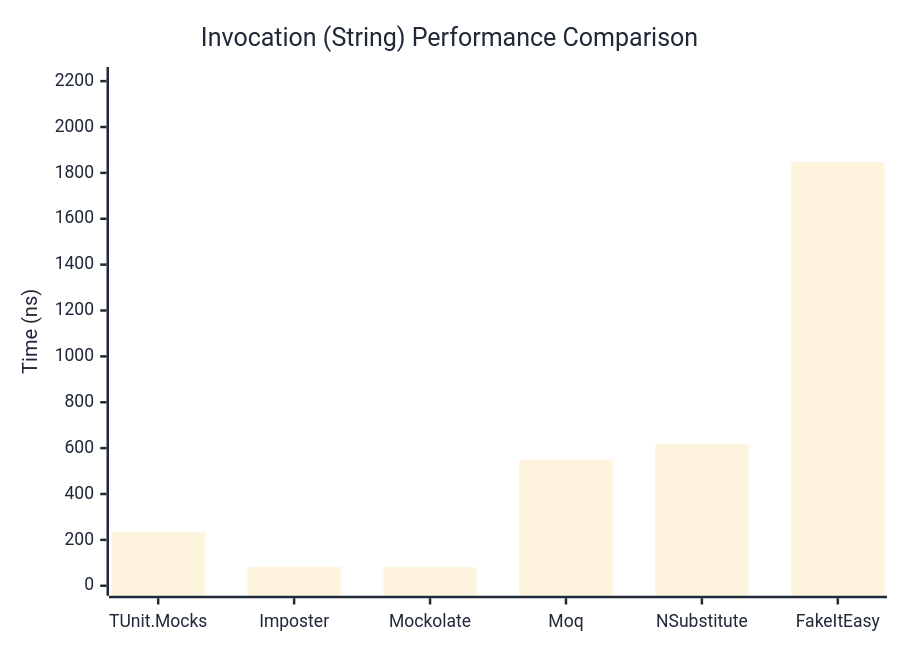
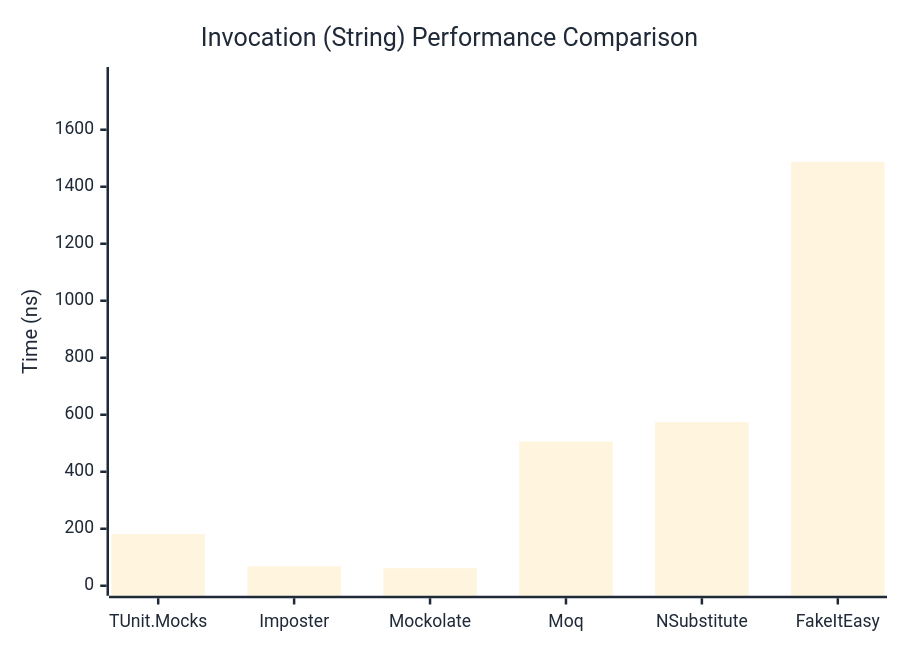
One commit to thomhurst/TUnit changed the second of 3 diagrams in docs/docs/benchmarks/mocks/Invocation.md. Above: the diagram before and after it, drawn with Mermaid. The commit also changed other lines of this file and 14 other files, not shown here.

````diff
--- a/docs/docs/benchmarks/mocks/Invocation.md
+++ b/docs/docs/benchmarks/mocks/Invocation.md
@@ -71,27 +71,27 @@
 ```mermaid
 %%{init: {
   'theme':'base',
   'themeVariables': {
     'primaryColor': '#2563eb',
     'primaryTextColor': '#1f2937',
     'primaryBorderColor': '#1e40af',
     'lineColor': '#6b7280',
     'secondaryColor': '#7c3aed',
     'tertiaryColor': '#dc2626',
     'background': '#ffffff',
     'pie1': '#2563eb',
     'pie2': '#7c3aed',
     'pie3': '#dc2626',
     'pie4': '#f59e0b',
     'pie5': '#10b981',
     'pie6': '#06b6d4',
     'pie7': '#ec4899',
     'pie8': '#6366f1'
   }
 }}%%
 xychart-beta
   title "Invocation (String) Performance Comparison"
   x-axis ["TUnit.Mocks", "Imposter", "Mockolate", "Moq", "NSubstitute", "FakeItEasy"]
-  y-axis "Time (ns)" 0 --> 2218
-  bar [234.71, 82.36, 80.92, 549.62, 617.85, 1847.52]
+  y-axis "Time (ns)" 0 --> 1785
+  bar [181.61, 68.2, 61.57, 505.97, 574.21, 1487.06]
 ```
````
